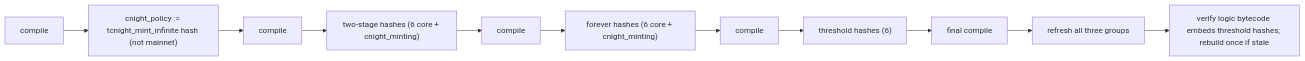
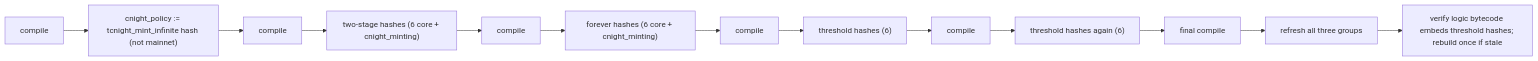
One commit to midnightntwrk/midnight-reserve-contracts changed the third of 3 diagrams in docs/architecture/contracts.md. Above: the diagram before and after it, drawn with Mermaid. The commit also changed other lines of this file and 3 other files, not shown here.

First line of the commit message:
cli(build): compile the thresholds twice, so the build converges when main_gov_threshold's hash moves

````diff
--- a/docs/architecture/contracts.md
+++ b/docs/architecture/contracts.md
@@ -170,9 +170,10 @@
 ```mermaid
 flowchart LR
   c0["compile"] --> p0["cnight_policy := tcnight_mint_infinite hash (not mainnet)"]
   p0 --> c1["compile"] --> p1["two-stage hashes (6 core + cnight_minting)"]
   p1 --> c2["compile"] --> p2["forever hashes (6 core + cnight_minting)"]
   p2 --> c3["compile"] --> p3["threshold hashes (6)"]
-  p3 --> c4["final compile"] --> p4["refresh all three groups"]
+  p3 --> c3b["compile"] --> p3b["threshold hashes again (6)"]
+  p3b --> c4["final compile"] --> p4["refresh all three groups"]
   p4 --> v["verify logic bytecode embeds threshold hashes; rebuild once if stale"]
 ```
````
